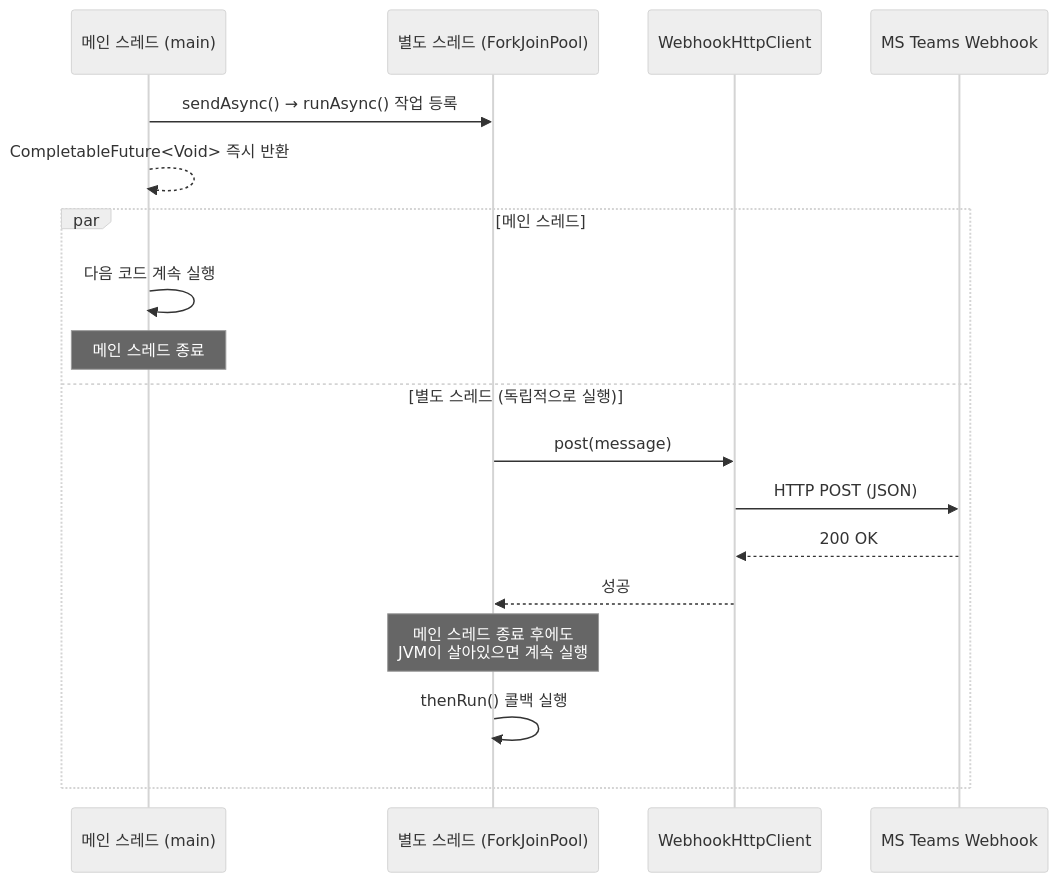
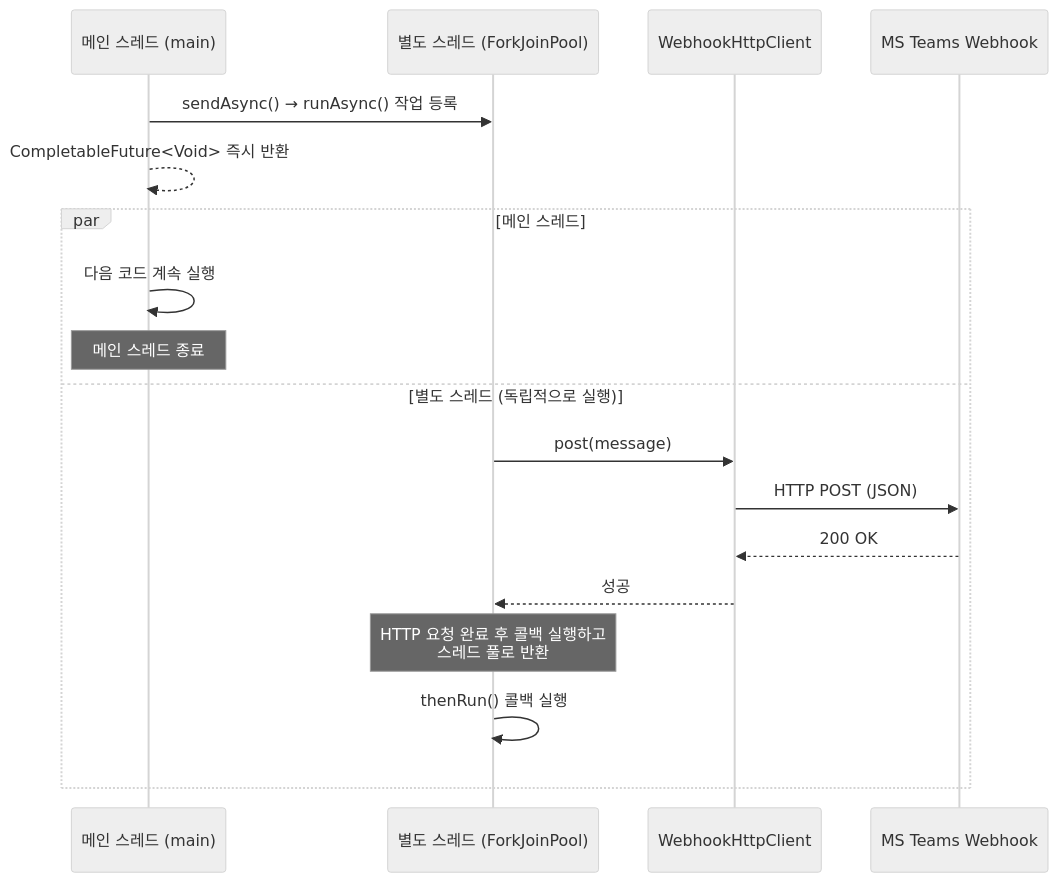
Before and after one commit to HJC96/teams-notification: the third of 3 diagrams in README.md, drawn with Mermaid (neutral theme).

Commit message:
Update note in README for thread pool behavior

````diff
--- a/README.md
+++ b/README.md
@@ -71,22 +71,22 @@
 ```mermaid
 sequenceDiagram
     participant App as 메인 스레드 (main)
     participant Pool as 별도 스레드 (ForkJoinPool)
     participant Http as WebhookHttpClient
     participant Teams as MS Teams Webhook
 
     App->>Pool: sendAsync() → runAsync() 작업 등록
     App-->>App: CompletableFuture<Void> 즉시 반환
 
     par 메인 스레드
         App->>App: 다음 코드 계속 실행
         Note over App: 메인 스레드 종료
     and 별도 스레드 (독립적으로 실행)
         Pool->>Http: post(message)
         Http->>Teams: HTTP POST (JSON)
         Teams-->>Http: 200 OK
         Http-->>Pool: 성공
-        Note over Pool: 메인 스레드 종료 후에도<br/>JVM이 살아있으면 계속 실행
+        Note over Pool: HTTP 요청 완료 후 콜백 실행하고 <br/>스레드 풀로 반환
         Pool->>Pool: thenRun() 콜백 실행
     end
 ```
````
